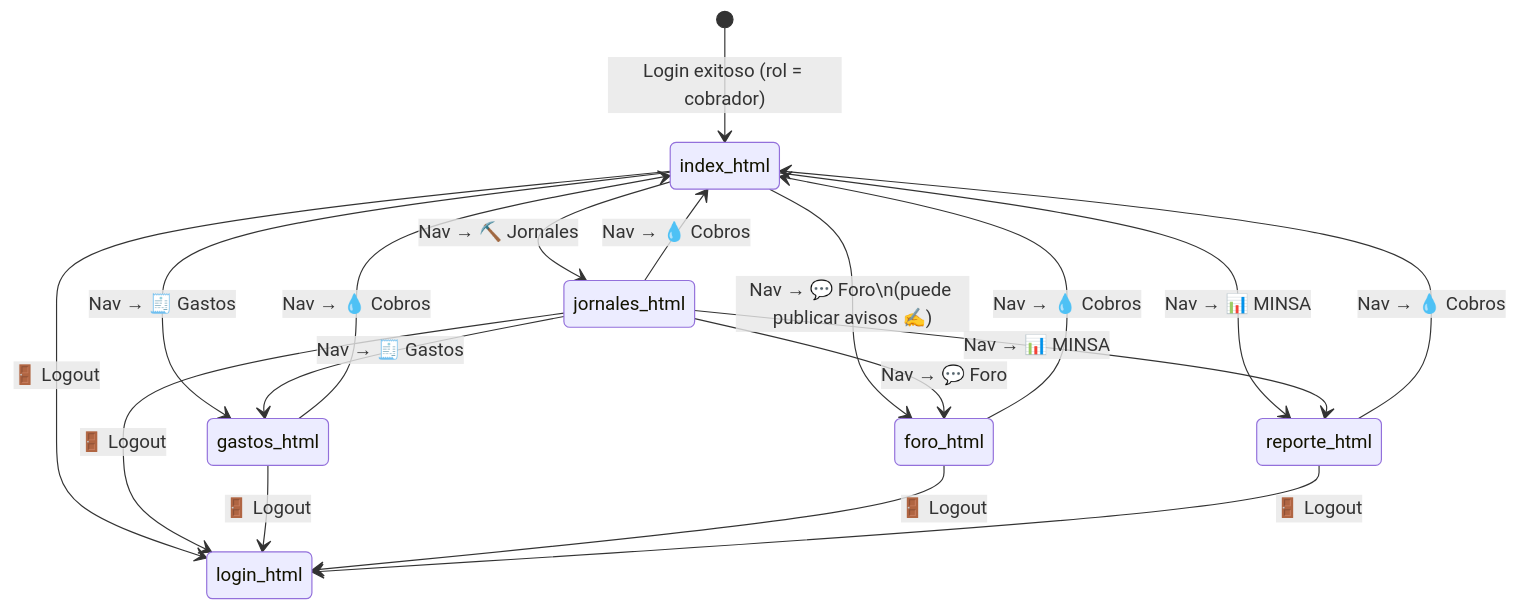
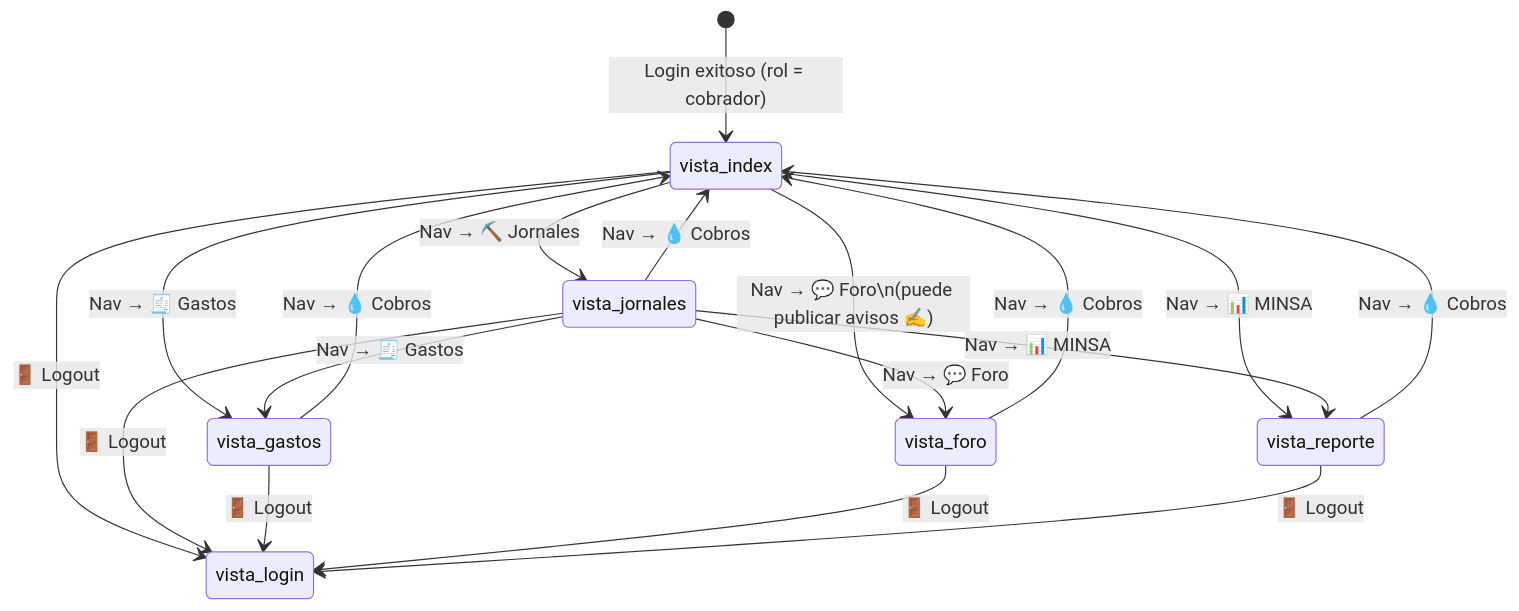
The ninth of 10 diagrams in docs/diagrama_estados.md (AdriP-maker/JAAR_Antigravity), drawn with Mermaid before and after one commit. The commit also changed other lines of this file and 70 other files, not shown here.

````diff
--- a/docs/diagrama_estados.md
+++ b/docs/diagrama_estados.md
@@ -270,25 +270,25 @@
 ```mermaid
 stateDiagram-v2
     direction TB
-    [*] --> index_html : Login exitoso (rol = cobrador)
+    [*] --> vista_index : Login exitoso (rol = cobrador)
 
-    index_html    --> jornales_html : Nav → ⛏️ Jornales
-    index_html    --> gastos_html   : Nav → 🧾 Gastos
-    index_html    --> foro_html     : Nav → 💬 Foro\n(puede publicar avisos ✍️)
-    index_html    --> reporte_html  : Nav → 📊 MINSA
+    vista_index   --> vista_jornales : Nav → ⛏️ Jornales
+    vista_index   --> vista_gastos   : Nav → 🧾 Gastos
+    vista_index   --> vista_foro     : Nav → 💬 Foro\n(puede publicar avisos ✍️)
+    vista_index   --> vista_reporte  : Nav → 📊 MINSA
 
-    jornales_html --> index_html    : Nav → 💧 Cobros
-    jornales_html --> gastos_html   : Nav → 🧾 Gastos
-    jornales_html --> foro_html     : Nav → 💬 Foro
-    jornales_html --> reporte_html  : Nav → 📊 MINSA
+    vista_jornales --> vista_index   : Nav → 💧 Cobros
+    vista_jornales --> vista_gastos  : Nav → 🧾 Gastos
+    vista_jornales --> vista_foro    : Nav → 💬 Foro
+    vista_jornales --> vista_reporte : Nav → 📊 MINSA
 
-    gastos_html   --> index_html    : Nav → 💧 Cobros
-    foro_html     --> index_html    : Nav → 💧 Cobros
-    reporte_html  --> index_html    : Nav → 💧 Cobros
+    vista_gastos   --> vista_index   : Nav → 💧 Cobros
+    vista_foro     --> vista_index   : Nav → 💧 Cobros
+    vista_reporte  --> vista_index   : Nav → 💧 Cobros
 
-    index_html    --> login_html    : 🚪 Logout
-    jornales_html --> login_html    : 🚪 Logout
-    gastos_html   --> login_html    : 🚪 Logout
-    foro_html     --> login_html    : 🚪 Logout
-    reporte_html  --> login_html    : 🚪 Logout
+    vista_index    --> vista_login   : 🚪 Logout
+    vista_jornales --> vista_login   : 🚪 Logout
+    vista_gastos   --> vista_login   : 🚪 Logout
+    vista_foro     --> vista_login   : 🚪 Logout
+    vista_reporte  --> vista_login   : 🚪 Logout
 ```
````
